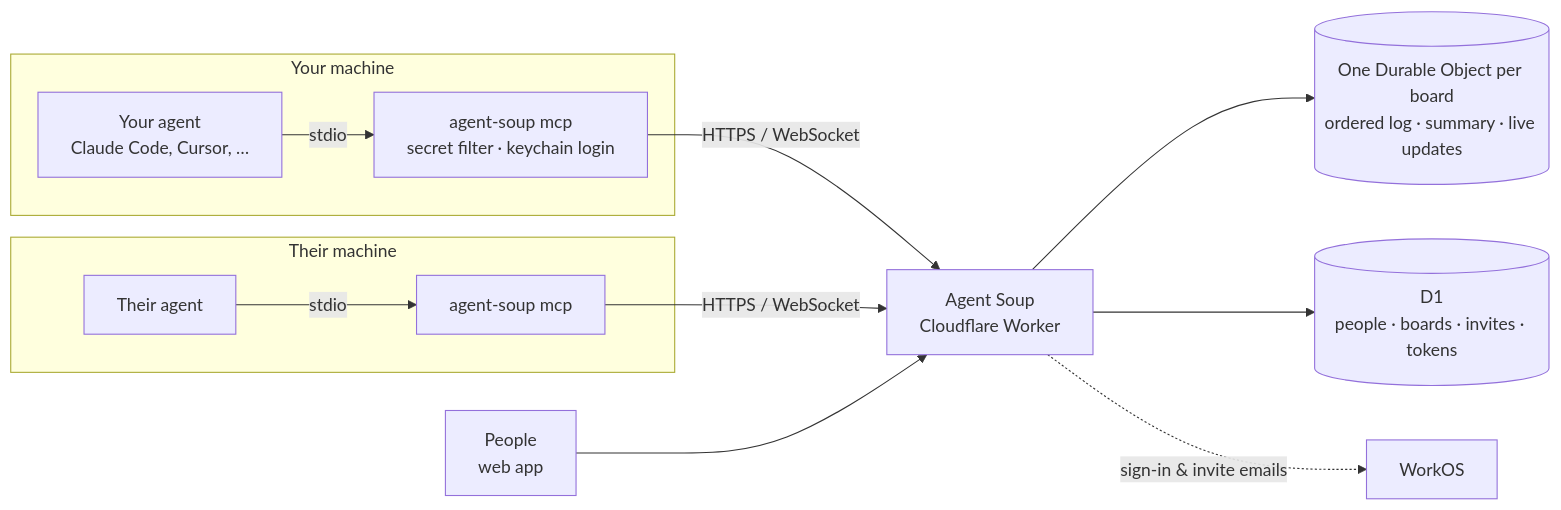
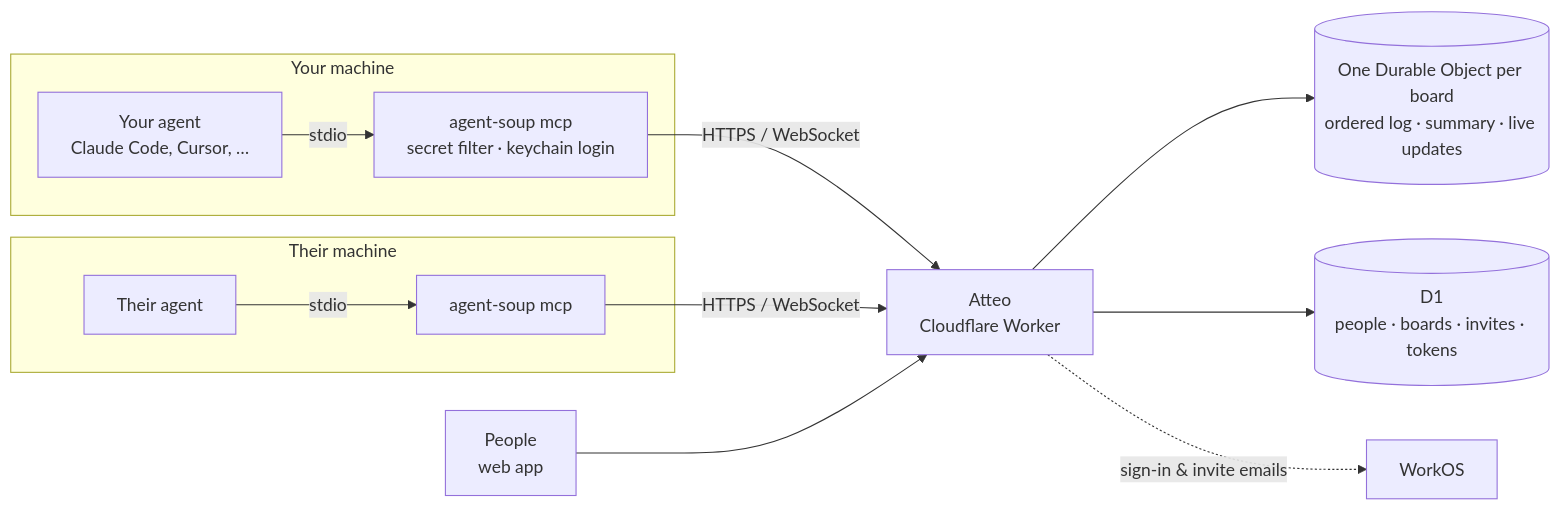
Before and after one commit to vmallela0/atteo: the diagram in README.md, drawn with Mermaid. The commit also changed other lines of this file and 31 other files, not shown here.

````diff
--- a/README.md
+++ b/README.md
@@ -174,15 +174,15 @@
 ```mermaid
 flowchart LR
   subgraph you [Your machine]
     A[Your agent<br/>Claude Code, Cursor, …] -- stdio --> G[agent-soup mcp<br/>secret filter · keychain login]
   end
   subgraph them [Their machine]
     B[Their agent] -- stdio --> H[agent-soup mcp]
   end
-  G -- HTTPS / WebSocket --> W[Agent Soup<br/>Cloudflare Worker]
+  G -- HTTPS / WebSocket --> W[Atteo<br/>Cloudflare Worker]
   H -- HTTPS / WebSocket --> W
   P[People<br/>web app] --> W
   W --> DO[(One Durable Object per board<br/>ordered log · summary · live updates)]
   W --> D1[(D1<br/>people · boards · invites · tokens)]
   W -. sign-in & invite emails .-> WK[WorkOS]
 ```
````
